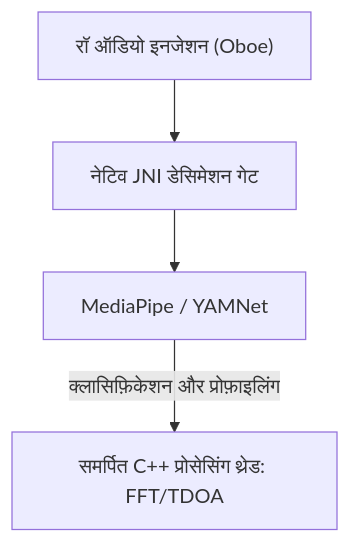
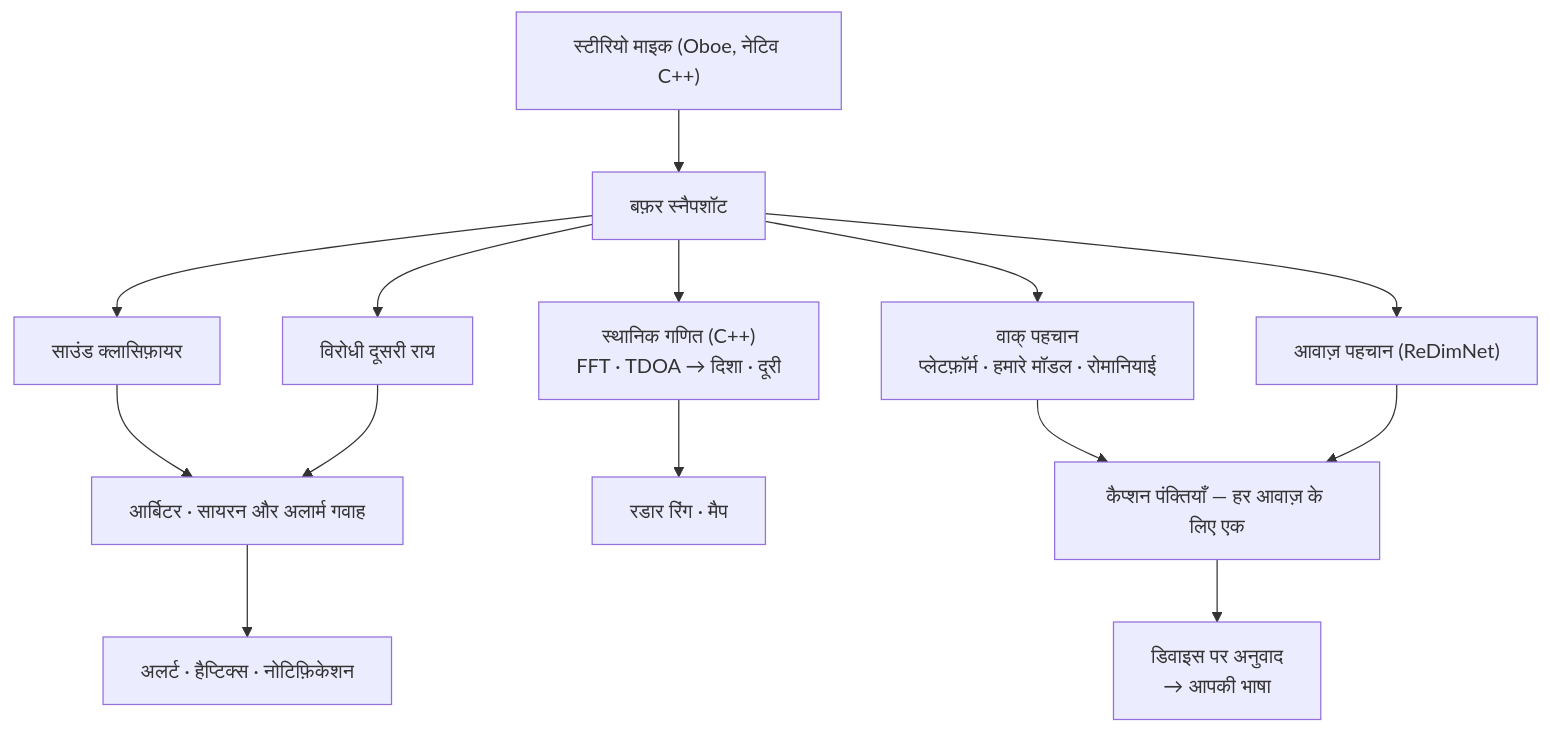
One commit to rpalm01-star/VigilantEarLegal changed the diagram in AREADME_hi.md. Above: the diagram before and after it, drawn with Mermaid. The commit also changed other lines of this file and 50 other files, not shown here.

````diff
--- a/AREADME_hi.md
+++ b/AREADME_hi.md
@@ -44,6 +118,16 @@
 ```mermaid
 graph TD
-    A["रॉ ऑडियो इनजेशन (Oboe)"] --> B["नेटिव JNI डेसिमेशन गेट"]
-    B --> C["MediaPipe / YAMNet"]
-    C -- "क्लासिफ़िकेशन और प्रोफ़ाइलिंग" --> D["समर्पित C++ प्रोसेसिंग थ्रेड: FFT/TDOA"]
+    A["स्टीरियो माइक (Oboe, नेटिव C++)"] --> B["बफ़र स्नैपशॉट"]
+    B --> C["साउंड क्लासिफ़ायर"]
+    B --> Y["विरोधी दूसरी राय"]
+    C --> S["आर्बिटर · सायरन और अलार्म गवाह"]
+    Y --> S
+    S --> H["अलर्ट · हैप्टिक्स · नोटिफ़िकेशन"]
+    B --> D["स्थानिक गणित (C++)<br/>FFT · TDOA → दिशा · दूरी"]
+    D --> R["रडार रिंग · मैप"]
+    B --> F["वाक् पहचान<br/>प्लेटफ़ॉर्म · हमारे मॉडल · रोमानियाई"]
+    B --> E["आवाज़ पहचान (ReDimNet)"]
+    F --> G["कैप्शन पंक्तियाँ — हर आवाज़ के लिए एक"]
+    E --> G
+    G --> T["डिवाइस पर अनुवाद<br/>→ आपकी भाषा"]
 ```
````
